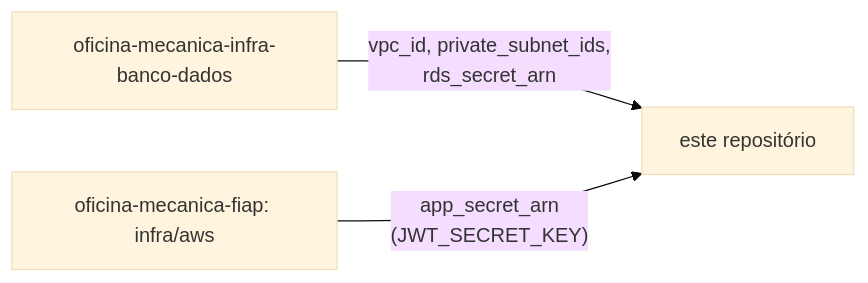
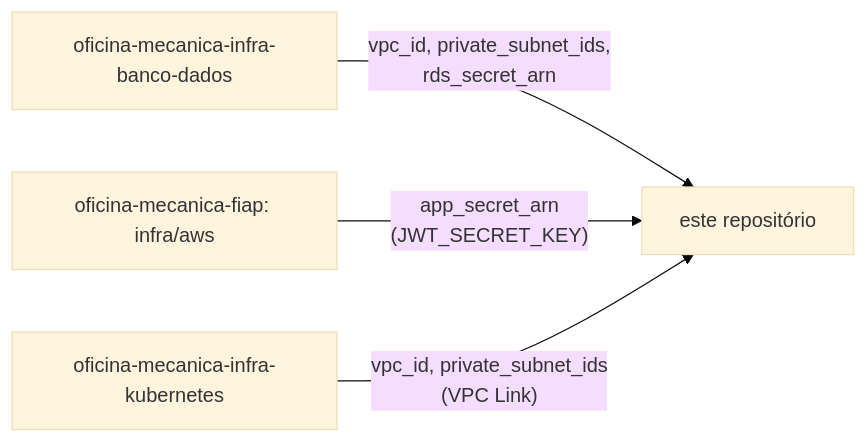
One commit to phantosmia/oficina-mecanica-lambda-auth changed the second of 2 diagrams in README.md. Above: the diagram before and after it, drawn with Mermaid (base theme). The commit also changed other lines of this file and 4 other files, not shown here.

First line of the commit message:
Adiciona VPC Link para alcancar o ALB interno do EKS (ADR-0006)

````diff
--- a/README.md
+++ b/README.md
@@ -120,5 +127,6 @@
 ```mermaid
 flowchart LR
     DB["oficina-mecanica-infra-banco-dados"] -- "vpc_id, private_subnet_ids,<br/>rds_secret_arn" --> LAMBDA["este repositório"]
     APP["oficina-mecanica-fiap: infra/aws"] -- "app_secret_arn<br/>(JWT_SECRET_KEY)" --> LAMBDA
+    K8S["oficina-mecanica-infra-kubernetes"] -- "vpc_id, private_subnet_ids<br/>(VPC Link)" --> LAMBDA
 ```
````
